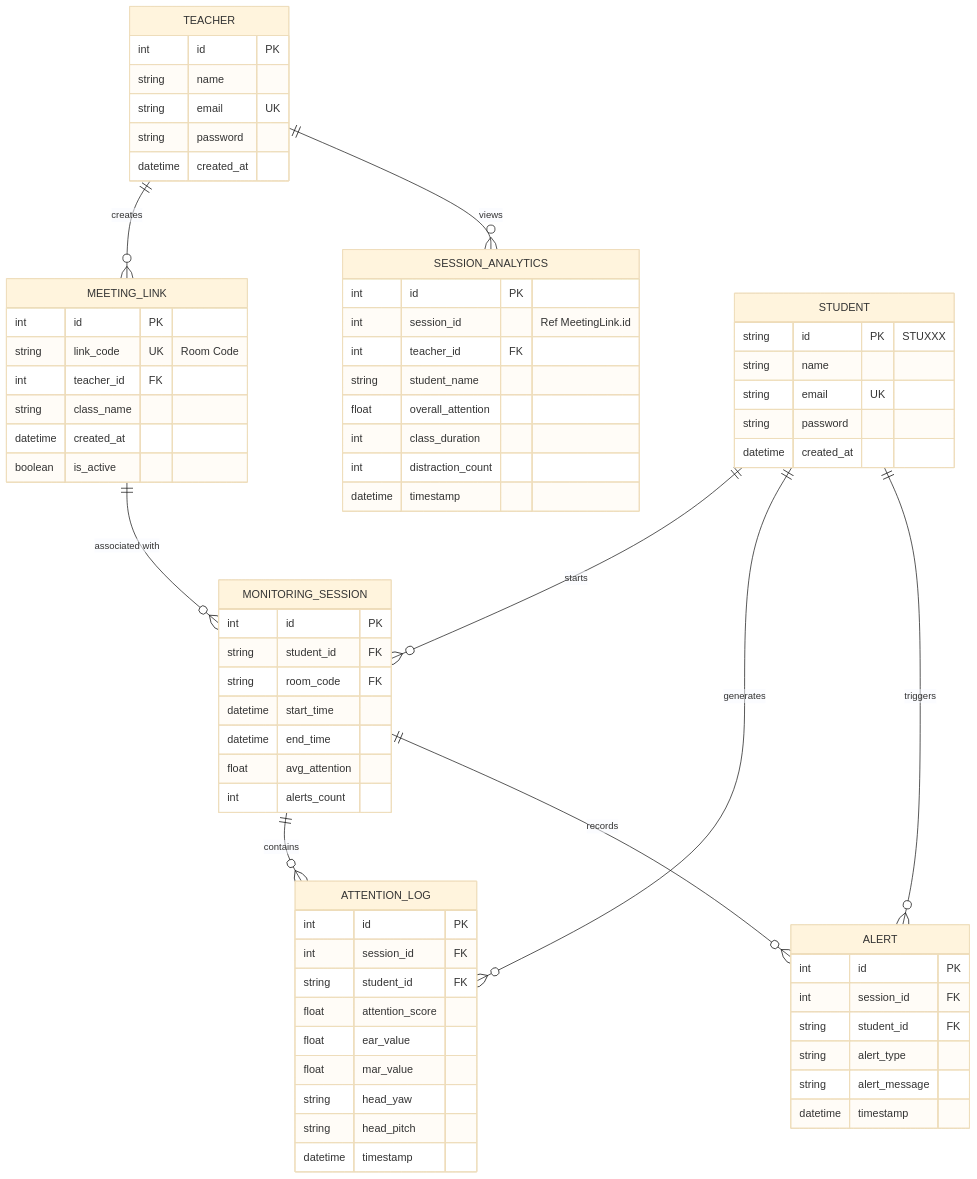
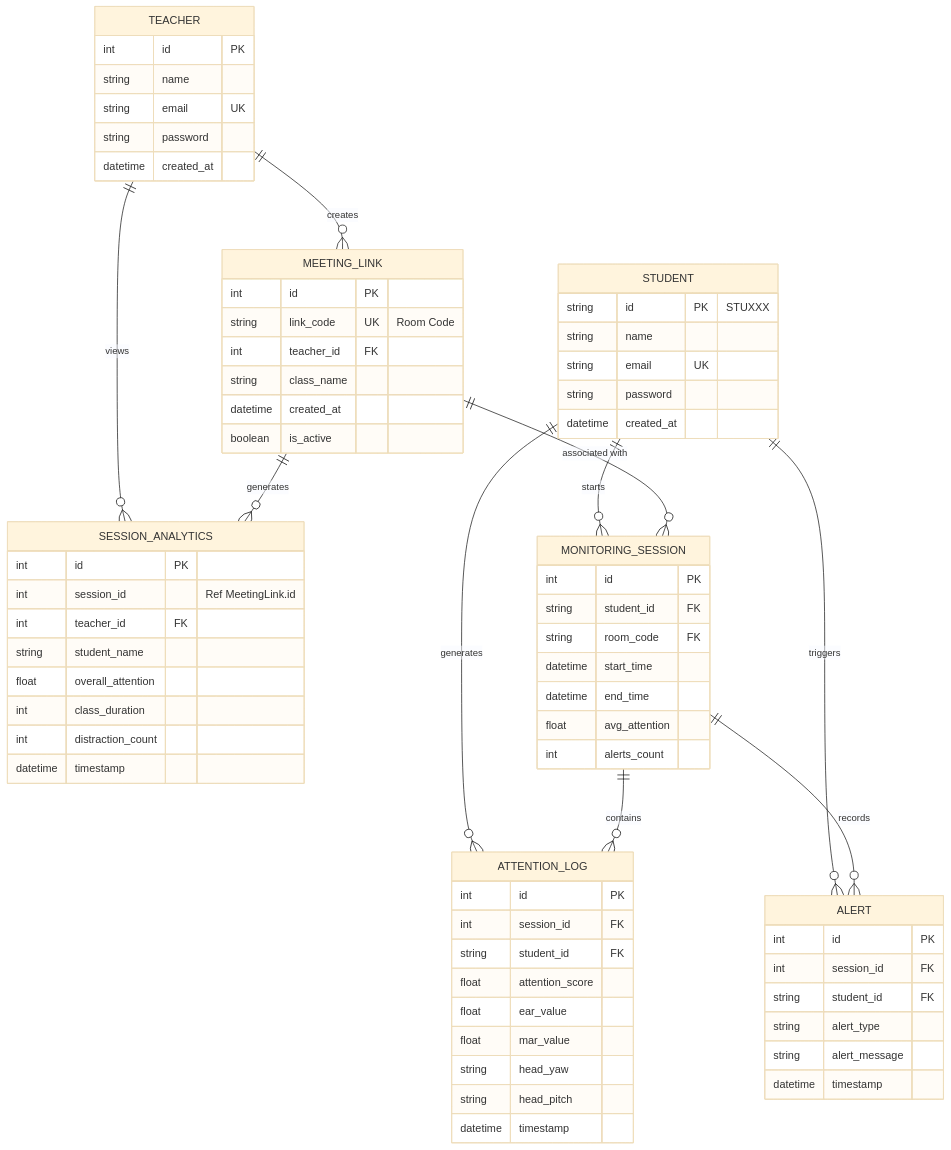
One commit to nadeeen7/edusence changed the diagram in docs/er_diagram.md. Above: the diagram before and after it, drawn with Mermaid (base theme). The commit also changed other lines of this file and 3 other files, not shown here.

````diff
--- a/docs/er_diagram.md
+++ b/docs/er_diagram.md
@@ -7,78 +7,79 @@
 ```mermaid
 erDiagram
     TEACHER ||--o{ MEETING_LINK : creates
     TEACHER ||--o{ SESSION_ANALYTICS : views
     STUDENT ||--o{ MONITORING_SESSION : starts
     STUDENT ||--o{ ATTENTION_LOG : generates
     STUDENT ||--o{ ALERT : triggers
     MEETING_LINK ||--o{ MONITORING_SESSION : "associated with"
+    MEETING_LINK ||--o{ SESSION_ANALYTICS : generates
     MONITORING_SESSION ||--o{ ATTENTION_LOG : contains
     MONITORING_SESSION ||--o{ ALERT : records
 
     TEACHER {
         int id PK
         string name
         string email UK
         string password
         datetime created_at
     }
 
     STUDENT {
         string id PK "STUXXX"
         string name
         string email UK
         string password
         datetime created_at
     }
 
     MEETING_LINK {
         int id PK
         string link_code UK "Room Code"
         int teacher_id FK
         string class_name
         datetime created_at
         boolean is_active
     }
 
     MONITORING_SESSION {
         int id PK
         string student_id FK
         string room_code FK
         datetime start_time
         datetime end_time
         float avg_attention
         int alerts_count
     }
 
     ATTENTION_LOG {
         int id PK
         int session_id FK
         string student_id FK
         float attention_score
         float ear_value
         float mar_value
         string head_yaw
         string head_pitch
         datetime timestamp
     }
 
     ALERT {
         int id PK
         int session_id FK
         string student_id FK
         string alert_type
         string alert_message
         datetime timestamp
     }
 
     SESSION_ANALYTICS {
         int id PK
         int session_id "Ref MeetingLink.id"
         int teacher_id FK
         string student_name
         float overall_attention
         int class_duration
         int distraction_count
         datetime timestamp
     }
 ```
````
